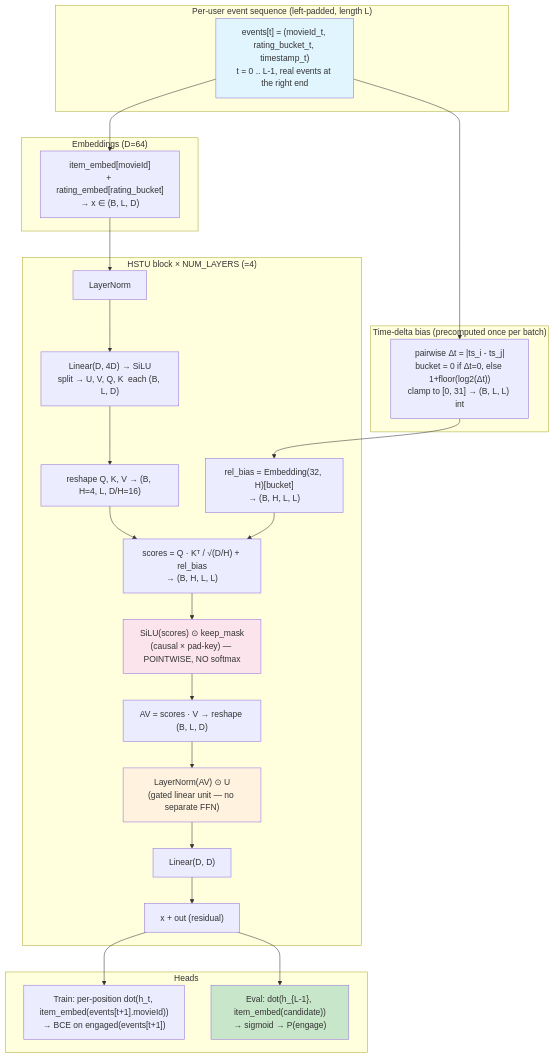
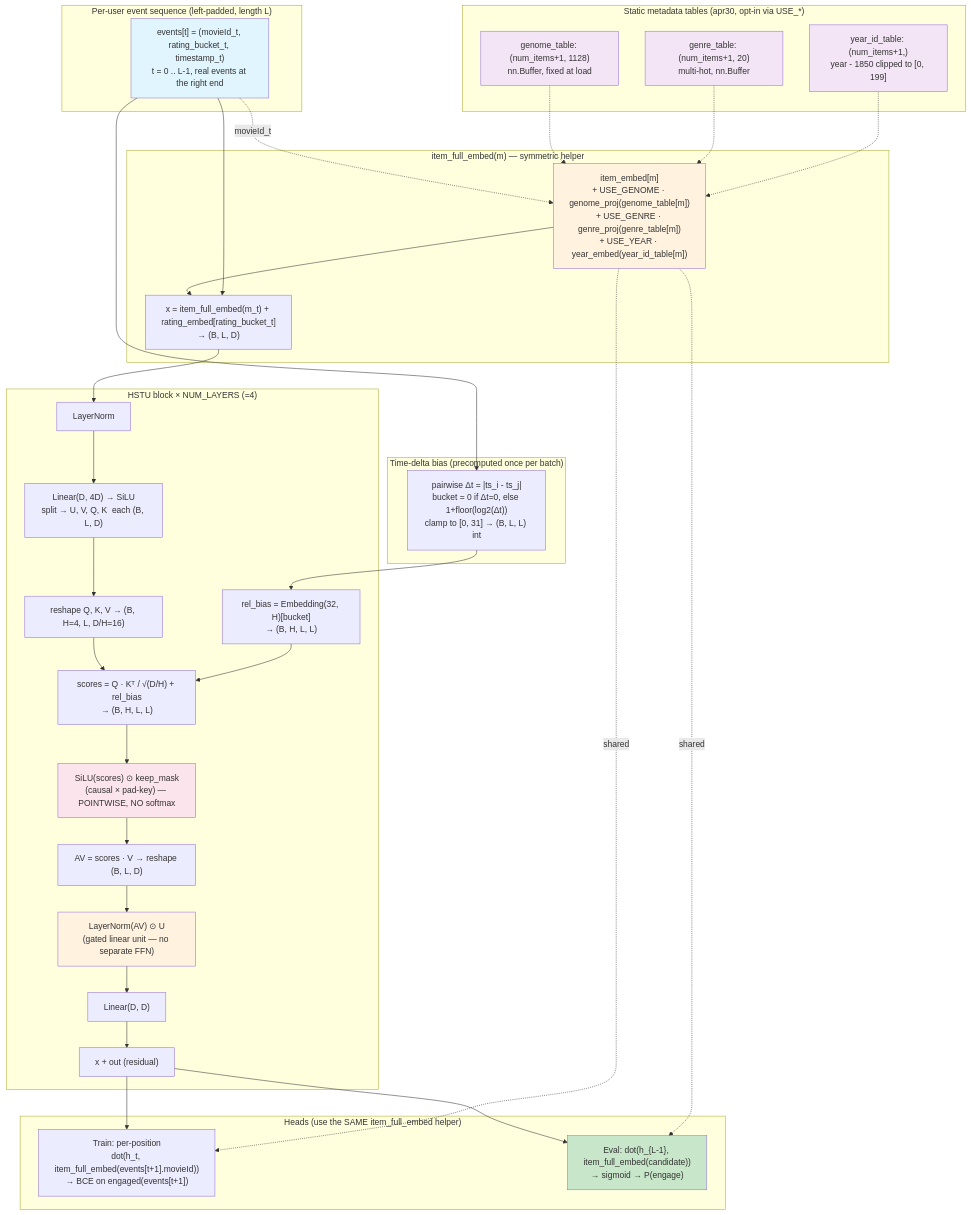
One commit to thuningxu/movielens changed the diagram in README.md. Above: the diagram before and after it, drawn with Mermaid. The commit also changed other lines of this file, not shown here.

First line of the commit message:
README: update HSTU diagram with content-metadata injection path

````diff
--- a/README.md
+++ b/README.md
@@ -45,38 +45,55 @@
 ```mermaid
 graph TD
     subgraph "Per-user event sequence (left-padded, length L)"
         EV["events[t] = (movieId_t, rating_bucket_t, timestamp_t)<br/>t = 0 .. L-1, real events at the right end"]
     end
 
-    subgraph "Embeddings (D=64)"
-        EV --> IE["item_embed[movieId]<br/>+ rating_embed[rating_bucket]<br/>→ x ∈ (B, L, D)"]
+    subgraph "Static metadata tables (apr30, opt-in via USE_*)"
+        GMT["genome_table: (num_items+1, 1128)<br/>nn.Buffer, fixed at load"]
+        GRT["genre_table: (num_items+1, 20)<br/>multi-hot, nn.Buffer"]
+        YRT["year_id_table: (num_items+1,)<br/>year - 1850 clipped to [0, 199]"]
+    end
+
+    subgraph "item_full_embed(m) — symmetric helper"
+        EV -.->|"movieId_t"| IFE["item_embed[m]<br/>+ USE_GENOME · genome_proj(genome_table[m])<br/>+ USE_GENRE · genre_proj(genre_table[m])<br/>+ USE_YEAR · year_embed(year_id_table[m])"]
+        GMT -.-> IFE
+        GRT -.-> IFE
+        YRT -.-> IFE
+        IFE --> IE["x = item_full_embed(m_t) + rating_embed[rating_bucket_t]<br/>→ (B, L, D)"]
+        EV --> IE
     end
 
     subgraph "Time-delta bias (precomputed once per batch)"
         EV --> TD["pairwise Δt = |ts_i - ts_j|<br/>bucket = 0 if Δt=0, else 1+floor(log2(Δt))<br/>clamp to [0, 31] → (B, L, L) int"]
     end
 
     subgraph "HSTU block × NUM_LAYERS (=4)"
         IE --> LN1["LayerNorm"]
         LN1 --> UVQK["Linear(D, 4D) → SiLU<br/>split → U, V, Q, K  each (B, L, D)"]
         UVQK --> MH["reshape Q, K, V → (B, H=4, L, D/H=16)"]
         TD --> RB["rel_bias = Embedding(32, H)[bucket]<br/>→ (B, H, L, L)"]
         MH --> SCORE["scores = Q · Kᵀ / √(D/H) + rel_bias<br/>→ (B, H, L, L)"]
         RB --> SCORE
         SCORE --> POINT["SiLU(scores) ⊙ keep_mask<br/>(causal × pad-key) — POINTWISE, NO softmax"]
         POINT --> AV["AV = scores · V → reshape (B, L, D)"]
         AV --> GLU["LayerNorm(AV) ⊙ U<br/>(gated linear unit — no separate FFN)"]
         GLU --> WO["Linear(D, D)"]
         WO --> RES["x + out (residual)"]
     end
 
-    subgraph "Heads"
-        RES --> TRH["Train: per-position dot(h_t, item_embed(events[t+1].movieId))<br/>→ BCE on engaged(events[t+1])"]
-        RES --> EVH["Eval: dot(h_{L-1}, item_embed(candidate))<br/>→ sigmoid → P(engage)"]
+    subgraph "Heads (use the SAME item_full_embed helper)"
+        RES --> TRH["Train: per-position<br/>dot(h_t, item_full_embed(events[t+1].movieId))<br/>→ BCE on engaged(events[t+1])"]
+        RES --> EVH["Eval: dot(h_{L-1}, item_full_embed(candidate))<br/>→ sigmoid → P(engage)"]
+        IFE -.->|"shared"| TRH
+        IFE -.->|"shared"| EVH
     end
 
     style EV fill:#e1f5fe
+    style IFE fill:#fff3e0
     style POINT fill:#fce4ec
     style GLU fill:#fff3e0
     style EVH fill:#c8e6c9
+    style GMT fill:#f3e5f5
+    style GRT fill:#f3e5f5
+    style YRT fill:#f3e5f5
 ```
````
